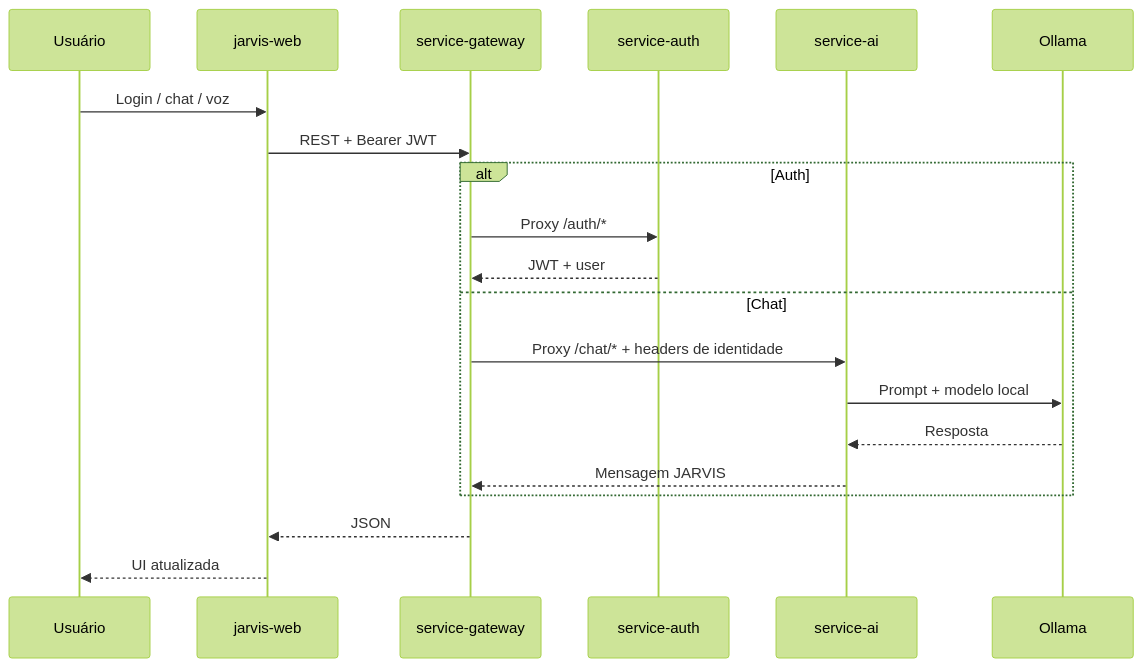
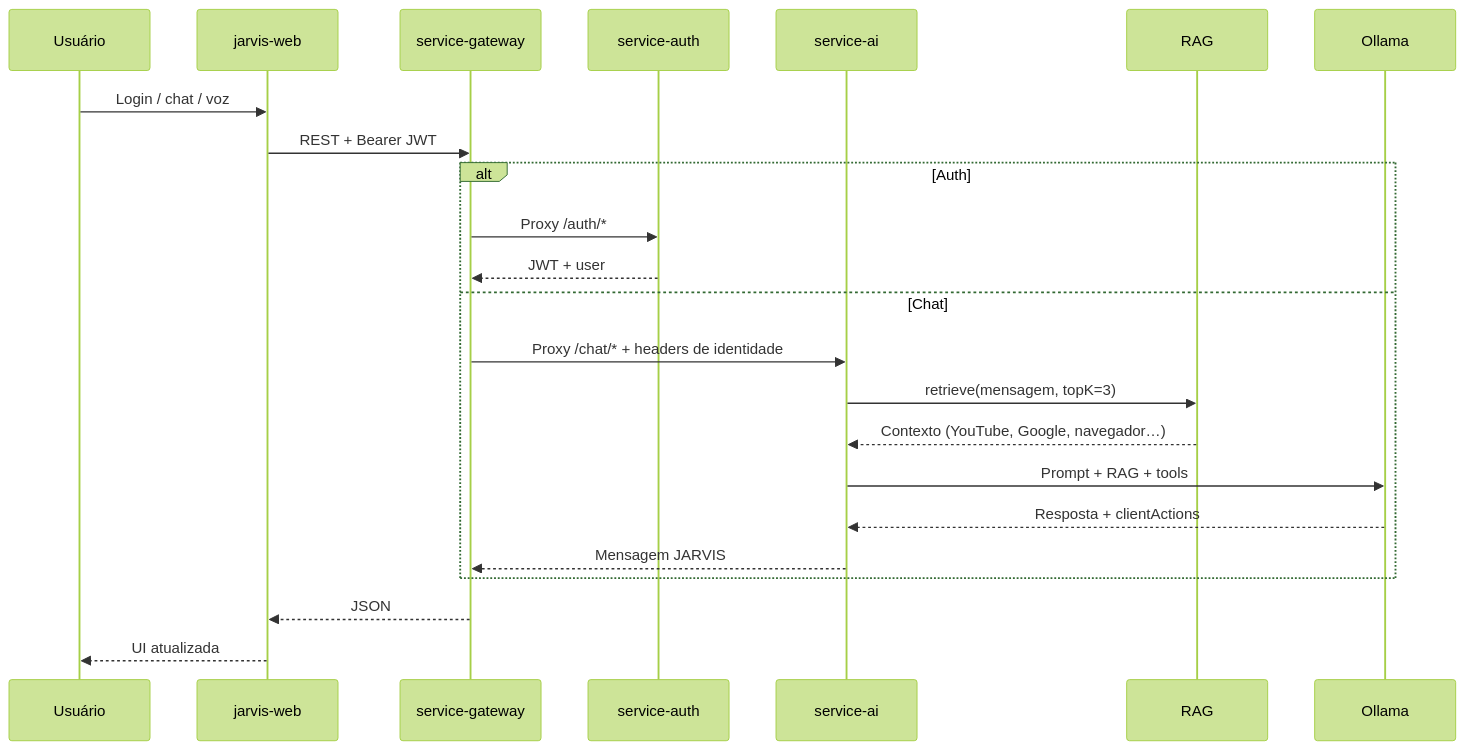
The fifth of 5 diagrams in docs/project-structure.md (FranciscoStanley/MyJarvis), drawn with Mermaid (forest theme) before and after one commit. The commit also changed other lines of this file and 9 other files, not shown here.

````diff
--- a/docs/project-structure.md
+++ b/docs/project-structure.md
@@ -357,23 +358,26 @@
 ```mermaid
 sequenceDiagram
     participant U as Usuário
     participant W as jarvis-web
     participant G as service-gateway
     participant A as service-auth
     participant I as service-ai
+    participant R as RAG
     participant O as Ollama
 
     U->>W: Login / chat / voz
     W->>G: REST + Bearer JWT
     alt Auth
         G->>A: Proxy /auth/*
         A-->>G: JWT + user
     else Chat
         G->>I: Proxy /chat/* + headers de identidade
-        I->>O: Prompt + modelo local
-        O-->>I: Resposta
+        I->>R: retrieve(mensagem, topK=3)
+        R-->>I: Contexto (YouTube, Google, navegador…)
+        I->>O: Prompt + RAG + tools
+        O-->>I: Resposta + clientActions
         I-->>G: Mensagem JARVIS
     end
     G-->>W: JSON
     W-->>U: UI atualizada
 ```
````
